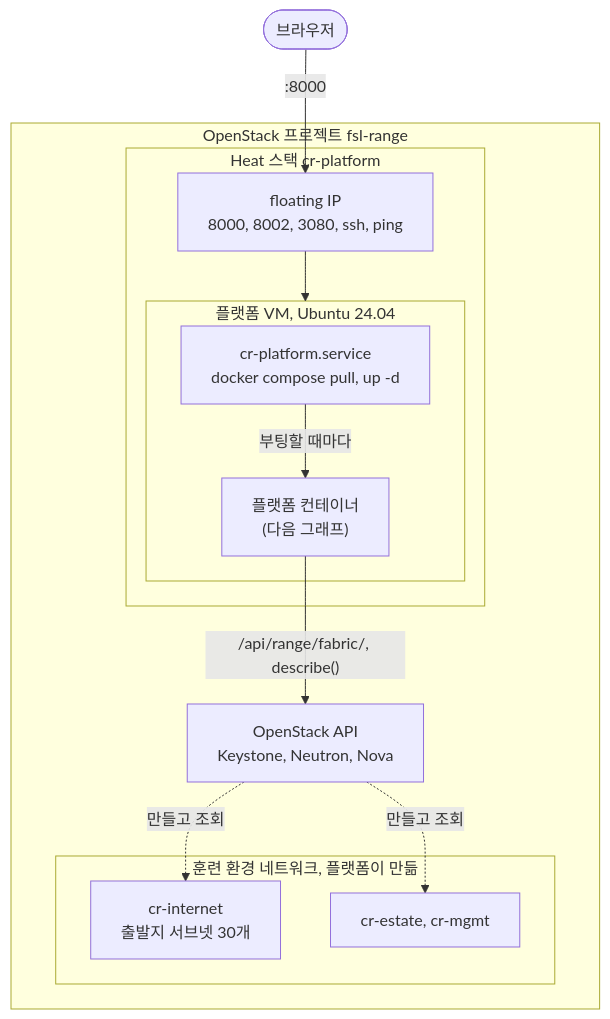
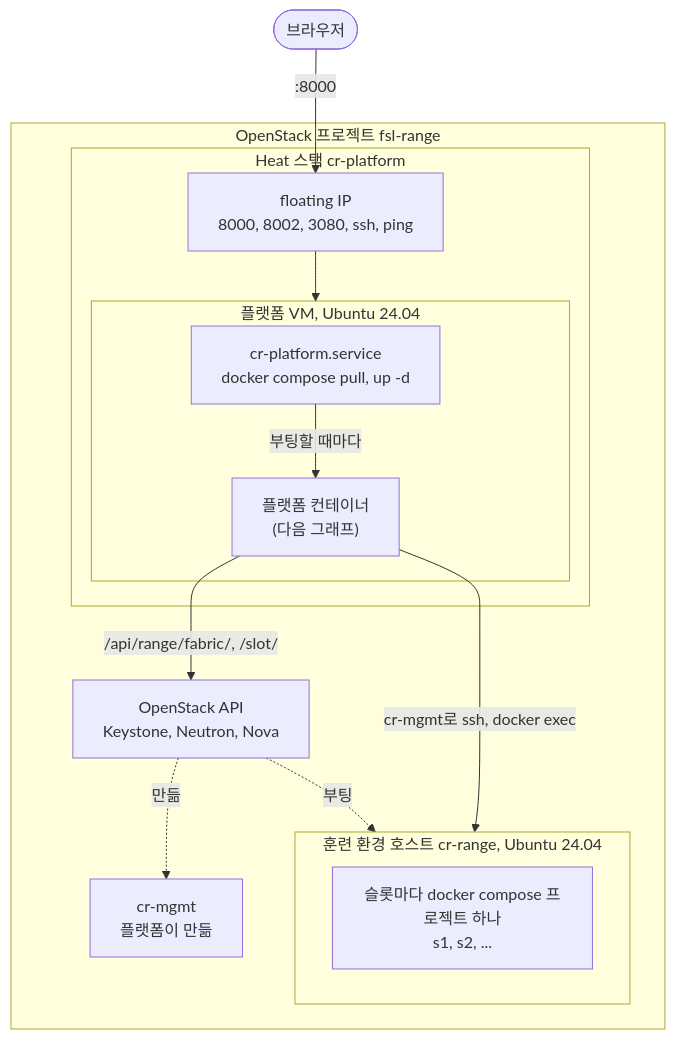
The first of 2 diagrams in README.ko.md (Nekonic/fsl-project-mvp), drawn with Mermaid before and after one commit. The commit also changed other lines of this file and 12 other files, not shown here.

First line of the commit message:
range-host: the range host gives up its Internet port once set up; docs follow the range host

````diff
--- a/README.ko.md
+++ b/README.ko.md
@@ -234,26 +237,27 @@
 ```mermaid
 flowchart TB
   person(["브라우저"])
 
   subgraph cloud["OpenStack 프로젝트 fsl-range"]
     api["OpenStack API<br/>Keystone, Neutron, Nova"]
     subgraph heat["Heat 스택 cr-platform"]
       fip["floating IP<br/>8000, 8002, 3080, ssh, ping"]
       subgraph vm["플랫폼 VM, Ubuntu 24.04"]
         unit["cr-platform.service<br/>docker compose pull, up -d"]
         stack["플랫폼 컨테이너<br/>(다음 그래프)"]
       end
     end
-    subgraph fabric_box["훈련 환경 네트워크, 플랫폼이 만듦"]
-      internet["cr-internet<br/>출발지 서브넷 30개"]
-      inside["cr-estate, cr-mgmt"]
+    mgmt["cr-mgmt<br/>플랫폼이 만듦"]
+    subgraph rangevm["훈련 환경 호스트 cr-range, Ubuntu 24.04"]
+      slots["슬롯마다 docker compose 프로젝트 하나<br/>s1, s2, ..."]
     end
   end
 
   person -->|":8000"| fip
   fip --> vm
   unit -->|"부팅할 때마다"| stack
-  stack -->|"/api/range/fabric/, describe()"| api
-  api -.->|만들고 조회| internet
-  api -.->|만들고 조회| inside
+  stack -->|"/api/range/fabric/, /slot/"| api
+  api -.->|만듦| mgmt
+  api -.->|부팅| rangevm
+  stack -->|"cr-mgmt로 ssh, docker exec"| rangevm
 ```
````
